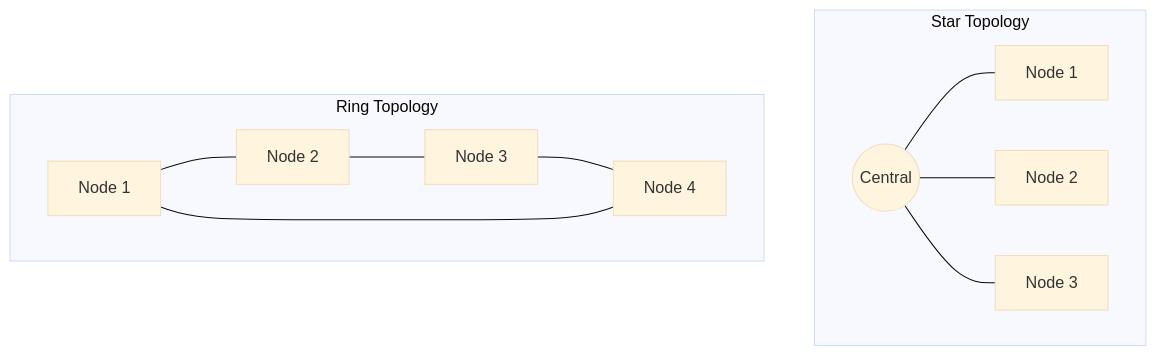
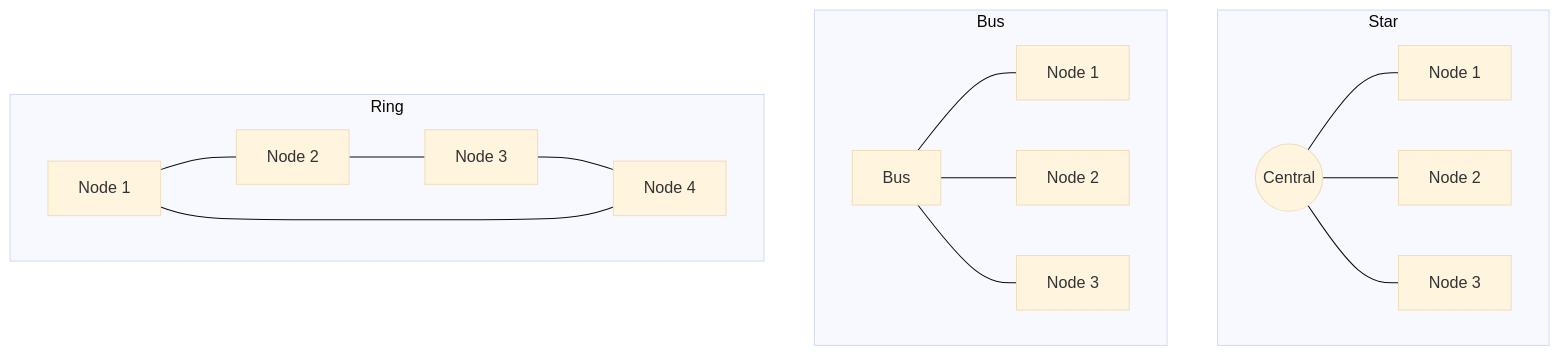
The third of 10 diagrams in tps/tp1.md (ulysses-ck/grupo-redes-ifts-2025), drawn with Mermaid (base theme) before and after one commit. The commit also changed other lines of this file, not shown here.

Commit message:
feat: enhance network topology diagrams and add DHCP, DNS, and load balancing illustrations

````diff
--- a/tps/tp1.md
+++ b/tps/tp1.md
@@ -249,23 +249,33 @@
 ```mermaid
 graph TD
-    subgraph Star Topology
+    subgraph Star
         S_Central((Central))
         S_Node1[Node 1]
         S_Node2[Node 2]
         S_Node3[Node 3]
         S_Central --- S_Node1
         S_Central --- S_Node2
         S_Central --- S_Node3
     end
 
-    subgraph Ring Topology
+    subgraph Bus
+        B_Bus[Bus]
+        B_Node1[Node 1]
+        B_Node2[Node 2]
+        B_Node3[Node 3]
+        B_Bus --- B_Node1
+        B_Bus --- B_Node2
+        B_Bus --- B_Node3
+    end
+
+    subgraph Ring
         R_Node1[Node 1]
         R_Node2[Node 2]
         R_Node3[Node 3]
         R_Node4[Node 4]
         R_Node1 --- R_Node2
         R_Node2 --- R_Node3
         R_Node3 --- R_Node4
         R_Node4 --- R_Node1
     end
 ```
````
